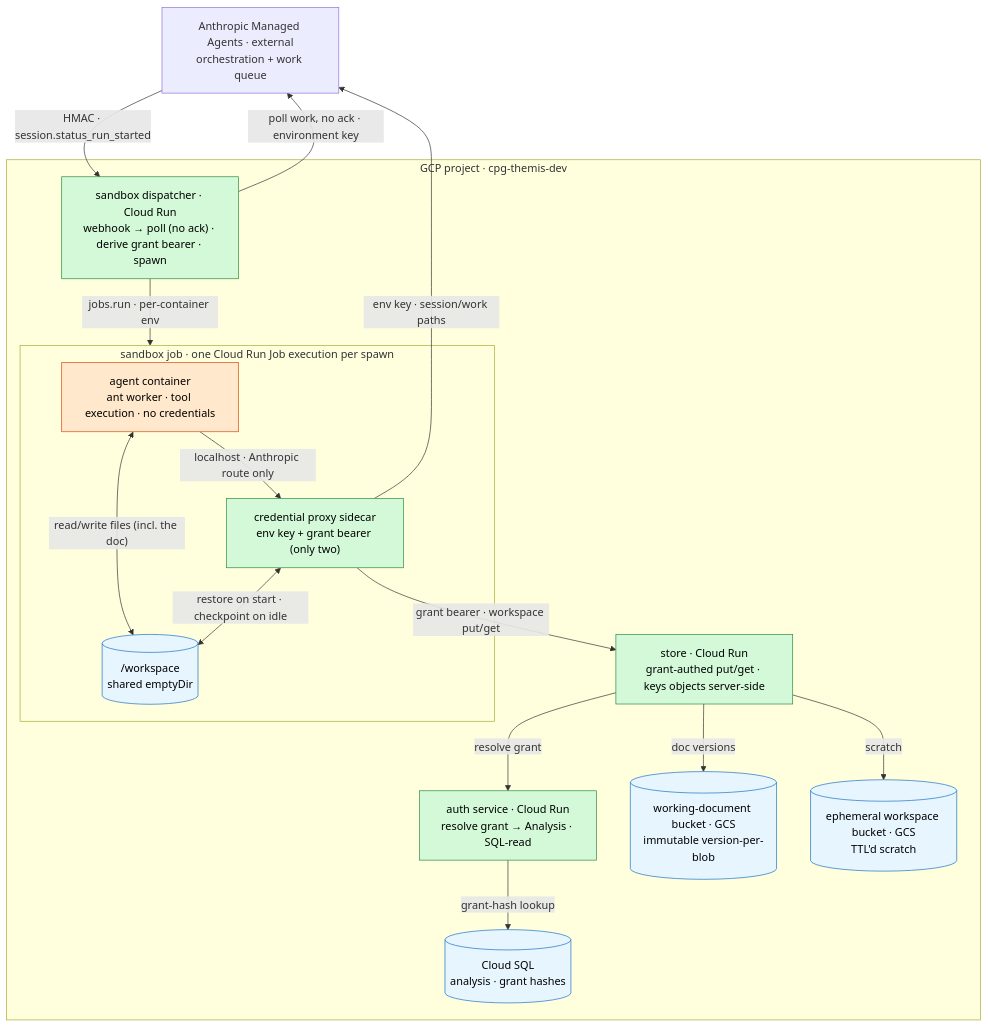
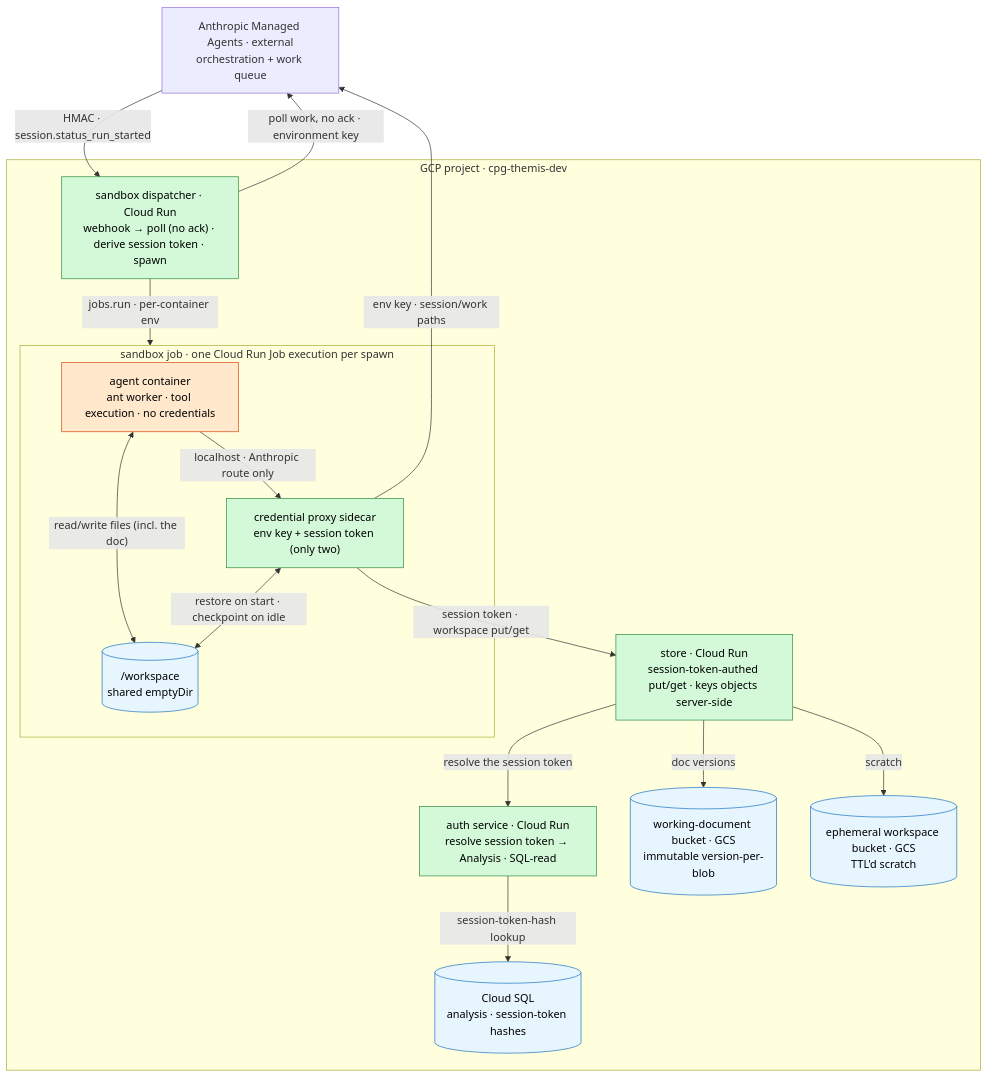
The first of 2 diagrams in docs/plans/self-hosted-sandbox.md (populationgenomics/themis), drawn with Mermaid before and after one commit. The commit also changed other lines of this file and 4 other files, not shown here.

First line of the commit message:
docs: how to add a gRPC data-plane service (proto → servicer → stub → session) (#106)

````diff
--- a/docs/plans/self-hosted-sandbox.md
+++ b/docs/plans/self-hosted-sandbox.md
@@ -140,36 +141,36 @@
 ```mermaid
 flowchart TB
   ma["Anthropic Managed Agents · external<br/>orchestration + work queue"]
   subgraph gcp["GCP project · cpg-themis-dev"]
-    disp["sandbox dispatcher · Cloud Run<br/>webhook → poll (no ack) · derive grant bearer · spawn"]
+    disp["sandbox dispatcher · Cloud Run<br/>webhook → poll (no ack) · derive session token · spawn"]
     subgraph job["sandbox job · one Cloud Run Job execution per spawn"]
       agentc["agent container<br/>ant worker · tool execution · no credentials"]
       ws[("/workspace<br/>shared emptyDir")]
-      proxy["credential proxy sidecar<br/>env key + grant bearer (only two)"]
+      proxy["credential proxy sidecar<br/>env key + session token (only two)"]
     end
-    store["store · Cloud Run<br/>grant-authed put/get · keys objects server-side"]
-    auth["auth service · Cloud Run<br/>resolve grant → Analysis · SQL-read"]
+    store["store · Cloud Run<br/>session-token-authed put/get · keys objects server-side"]
+    auth["auth service · Cloud Run<br/>resolve session token → Analysis · SQL-read"]
     docb[("working-document bucket · GCS<br/>immutable version-per-blob")]
     scratch[("ephemeral workspace bucket · GCS<br/>TTL'd scratch")]
-    sql[("Cloud SQL<br/>analysis · grant hashes")]
+    sql[("Cloud SQL<br/>analysis · session-token hashes")]
   end
   ma -->|"HMAC · session.status_run_started"| disp
   disp -->|"poll work, no ack · environment key"| ma
   disp -->|"jobs.run · per-container env"| job
   agentc <-->|"read/write files (incl. the doc)"| ws
   agentc -->|"localhost · Anthropic route only"| proxy
   proxy <-->|"restore on start · checkpoint on idle"| ws
   proxy -->|"env key · session/work paths"| ma
-  proxy -->|"grant bearer · workspace put/get"| store
-  store -->|"resolve grant"| auth
-  auth -->|"grant-hash lookup"| sql
+  proxy -->|"session token · workspace put/get"| store
+  store -->|"resolve the session token"| auth
+  auth -->|"session-token-hash lookup"| sql
   store -->|"doc versions"| docb
   store -->|"scratch"| scratch
 
   classDef untrusted fill:#ffe8cc,stroke:#d9480f,color:#000
   classDef cred fill:#d3f9d8,stroke:#2b8a3e,color:#000
   classDef data fill:#e7f5ff,stroke:#1971c2,color:#000
   class agentc untrusted
   class disp,proxy,store,auth cred
   class ws,docb,scratch,sql data
 ```
````
